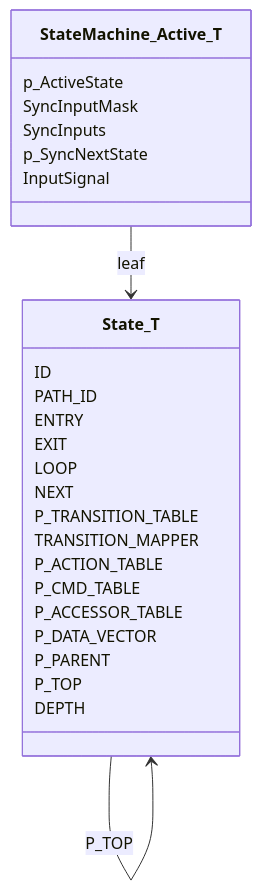
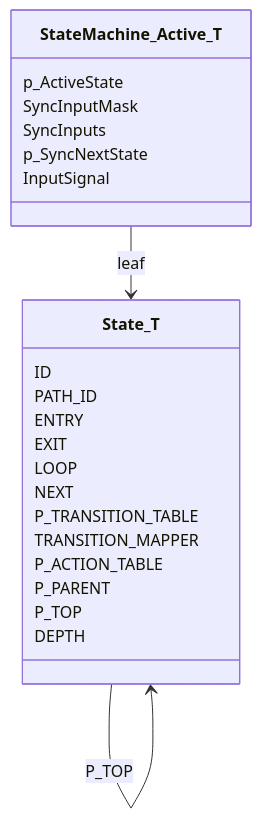
The third of 18 diagrams in Framework/StateMachine/Architecture.md (FireSourcery/FireSourcery_Library), drawn with Mermaid before and after one commit. The commit also changed 14 other files, not shown here.

````diff
--- a/Framework/StateMachine/Architecture.md
+++ b/Framework/StateMachine/Architecture.md
@@ -80,32 +80,32 @@
 ```mermaid
 classDiagram
     class State_T {
         ID
         PATH_ID
         ENTRY
         EXIT
         LOOP
         NEXT
         P_TRANSITION_TABLE
         TRANSITION_MAPPER
         P_ACTION_TABLE
-        P_CMD_TABLE
-        P_ACCESSOR_TABLE
-        P_DATA_VECTOR
+  <!--       P_CMD_TABLE -->
+  <!--       P_ACCESSOR_TABLE -->
+<!--         P_DATA_VECTOR -->
         P_PARENT
         P_TOP
         DEPTH
     }
 
     class StateMachine_Active_T {
         p_ActiveState
         SyncInputMask
         SyncInputs
         p_SyncNextState
         InputSignal
     }
 
     State_T --> State_T : P_PARENT
     State_T --> State_T : P_TOP
     StateMachine_Active_T --> State_T : leaf
 ```
````
